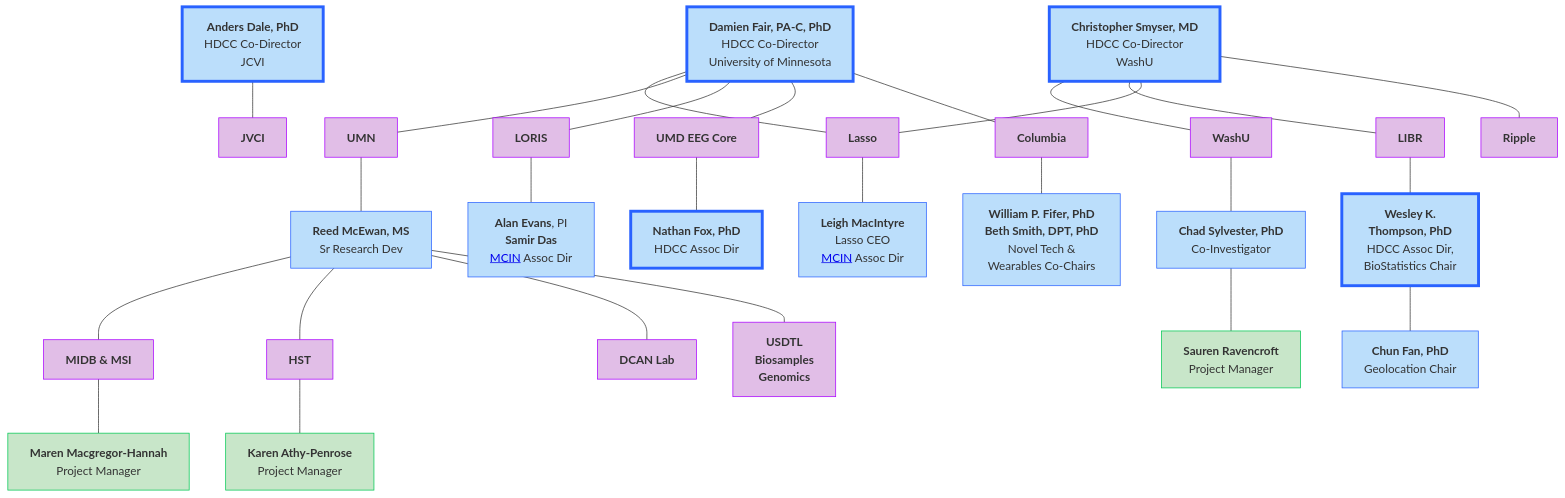
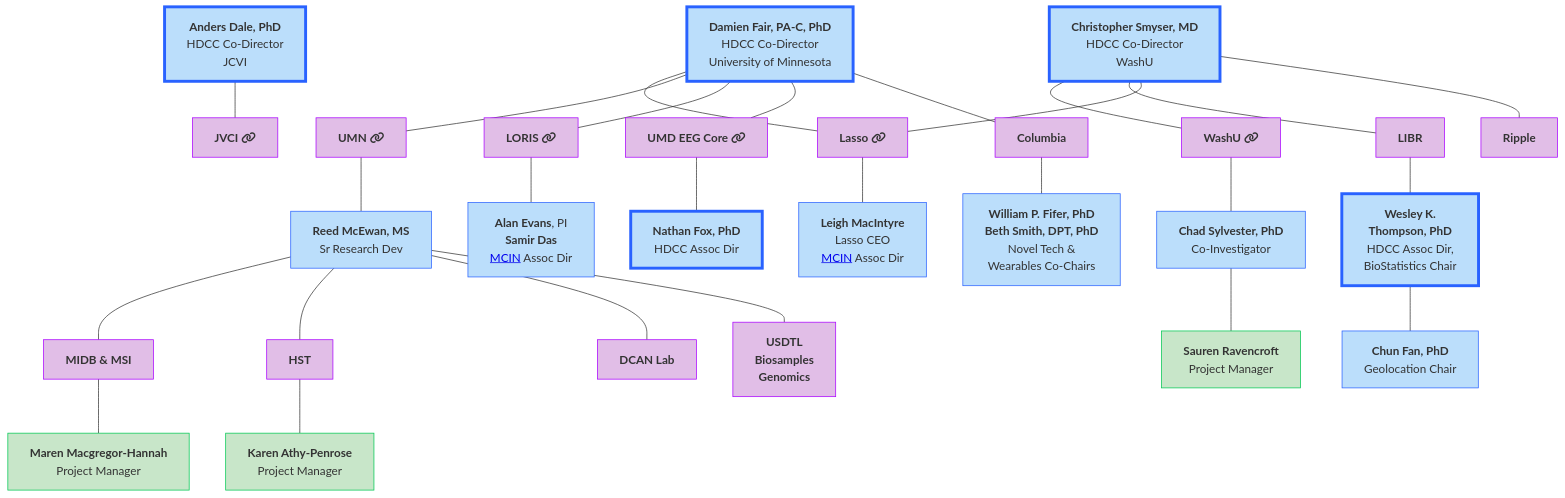
Before and after one commit to DCAN-Labs/hbcd-docs-internal: the first of 9 diagrams in docs/orgcharts.md, drawn with Mermaid.

Commit message:
add link emojis

````diff
--- a/docs/orgcharts.md
+++ b/docs/orgcharts.md
@@ -12,54 +12,54 @@
 ```mermaid
 flowchart TB
-    n2["<b>Anders Dale, PhD<br></b>HDCC Co-Director<br>JCVI"] --- jvci["<b>JVCI</b>"]
-    E["<b>Damien Fair, PA-C, PhD</b><br>HDCC Co-Director<br>University of Minnesota"] --- lasso["<b>Lasso</b>"] & umn["<b>UMN</b>"] & n7["<b>LORIS</b>"] & n8["<b>UMD EEG Core</b>"] & n11["<b>Columbia</b>"]
+    n2["<b>Anders Dale, PhD<br></b>HDCC Co-Director<br>JCVI"] --- jvci["<b>JVCI</b> <i class="fa-solid fa-link"></i>"]
+    E["<b>Damien Fair, PA-C, PhD</b><br>HDCC Co-Director<br>University of Minnesota"] --- lasso["<b>Lasso</b> <i class="fa-solid fa-link"></i>"] & umn["<b>UMN</b> <i class="fa-solid fa-link"></i>"] & n7["<b>LORIS</b> <i class="fa-solid fa-link"></i>"] & n8["<b>UMD EEG Core</b> <i class="fa-solid fa-link"></i>"] & n11["<b>Columbia</b>"]
     lasso --- lasso1["<b>Leigh MacIntyre</b><br>Lasso CEO<br><a href="https://mcin.ca/about-mcin/" target="_blank">MCIN</a> Assoc Dir"]
-    n1["<b>Christopher Smyser, MD<br></b>HDCC Co-Director<br>WashU"] --- n10["<b>WashU</b>"] & n12["<b>LIBR</b>"] & lasso
+    n1["<b>Christopher Smyser, MD<br></b>HDCC Co-Director<br>WashU"] --- n10["<b>WashU</b> <i class="fa-solid fa-link"></i>"] & n12["<b>LIBR</b>"] & lasso
     n16["<b>Wesley K.<br>Thompson, PhD</b><br>HDCC Assoc Dir,<br>BioStatistics Chair"] --- n17["<b>Chun Fan, PhD</b><br>Geolocation Chair"]
     n12 --- n16
     n8 --- n19["<b>Nathan Fox, PhD<br></b>HDCC Assoc Dir"]
     n7 --- n20["<b>Alan Evans</b>, PI<br><b>Samir Das</b><br><a href="https://mcin.ca/about-mcin/" target="_blank">MCIN</a> Assoc Dir"]
     umn --- reed["<b>Reed McEwan, MS</b><br>Sr Research Dev"]
     n10 --- n22["<b>Chad Sylvester, PhD</b><br>Co-Investigator"]
     n11 --- n18["<b>William P. Fifer, PhD</b><br><b>Beth Smith, DPT, PhD</b><br>Novel Tech &<br>Wearables Co-Chairs"]
     reed --- n25["<b>MIDB &amp; MSI</b>"] & n27["<b>HST</b>"] & n28["<b>DCAN Lab</b>"] & n29["<b>USDTL<br>Biosamples<br>Genomics</b>"]
     n25 --- n30["<b>Maren Macgregor-Hannah</b><br>Project Manager"]
     n27 --- n31["<b>Karen Athy-Penrose</b><br>Project Manager"]
     n22 --- n32["<b>Sauren Ravencroft</b><br>Project Manager"]
     n1 --- n24["<b>Ripple</b>"]
     style n2 fill:#BBDEFB,stroke:#2962FF,stroke-width:4px
     style jvci fill:#E1BEE7,stroke:#AA00FF
     style E fill:#BBDEFB,stroke:#2962FF,stroke-width:4px
     style lasso fill:#E1BEE7,stroke:#AA00FF
     style umn fill:#E1BEE7,stroke:#AA00FF
     style n7 fill:#E1BEE7,stroke:#AA00FF
     style n8 fill:#E1BEE7,stroke:#AA00FF
     style n11 fill:#E1BEE7,stroke:#AA00FF
     style lasso1 fill:#BBDEFB,stroke:#2962FF
     style n1 fill:#BBDEFB,stroke:#2962FF,stroke-width:4px
     style n10 fill:#E1BEE7,stroke:#AA00FF
     style n12 fill:#E1BEE7,stroke:#AA00FF
     style n16 fill:#BBDEFB,stroke:#2962FF,stroke-width:4px
     style n17 fill:#BBDEFB,stroke:#2962FF
     style n19 fill:#BBDEFB,stroke:#2962FF,stroke-width:4px
     style n20 fill:#BBDEFB,stroke:#2962FF
     style reed fill:#BBDEFB,stroke:#2962FF
     style n22 fill:#BBDEFB,stroke:#2962FF
     style n24 fill:#E1BEE7,stroke:#AA00FF
     style n18 fill:#BBDEFB,stroke:#2962FF
     style n25 fill:#E1BEE7,stroke:#AA00FF
     style n27 fill:#E1BEE7,stroke:#AA00FF
     style n28 fill:#E1BEE7,stroke:#AA00FF
     style n29 fill:#E1BEE7,stroke:#AA00FF
     style n30 fill:#C8E6C9,stroke:#00C853
     style n31 fill:#C8E6C9,stroke:#00C853
     style n32 fill:#C8E6C9,stroke:#00C853
     click jvci "#j-craig-venter-institute"
     click lasso "#lasso"
     click umn "#university-of-minnesota"
     click n7 "#loris"
     click n8 "#umd-eeg-core"
     click n10 "#washu"
     click n25 "#midb-informatics-hub-msi"
     click n27 "#health-sciences-technology"
 ```
````
